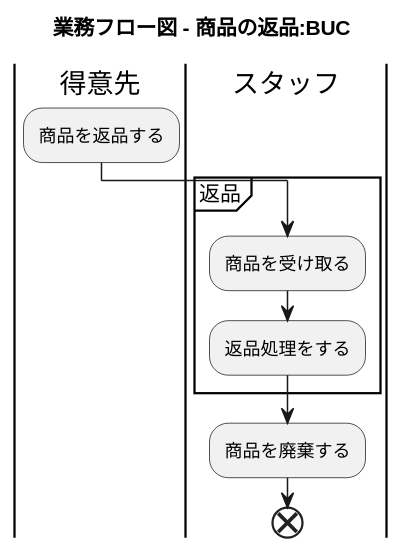
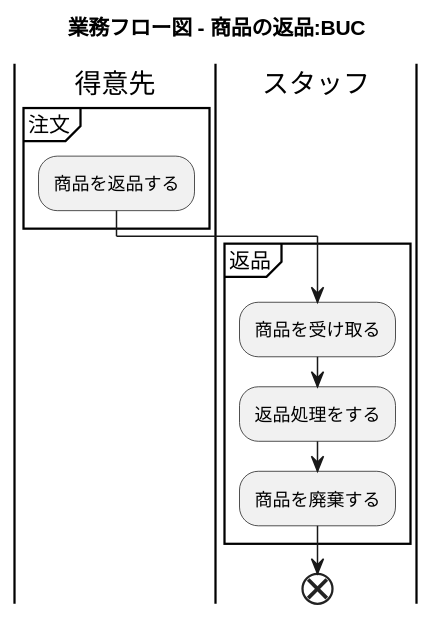
Diagram 13 of 49 in docs/index.adoc (k2works/application_programing_excercise_2022), drawn with PlantUML before and after one commit. The commit also changed other lines of this file, not shown here.

```diff
--- a/docs/index.adoc
+++ b/docs/index.adoc
@@ -480,19 +484,21 @@
 [plantuml]
 ----
 @startuml
 
 title 業務フロー図 - 商品の返品:BUC
 
 |得意先|
+partition 注文 {
 :商品を返品する;
+}
 
 partition 返品 {
     |スタッフ|
     :商品を受け取る;
     :返品処理をする;
+    :商品を廃棄する;
 }
-    :商品を廃棄する;
 end
 
 @enduml
 ----
```
